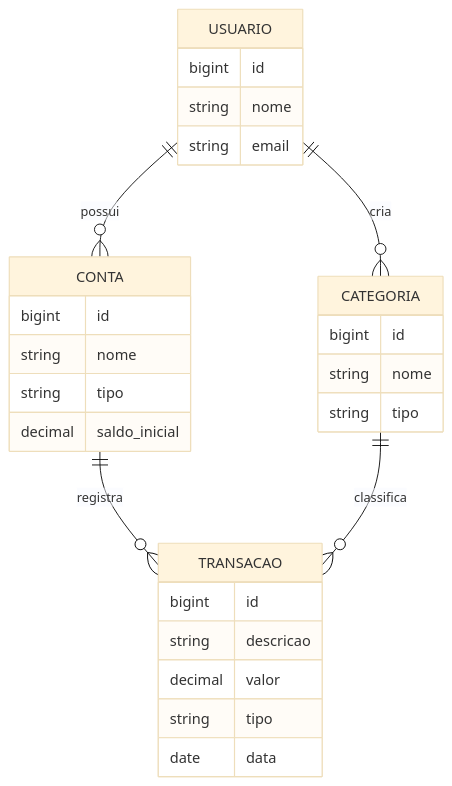
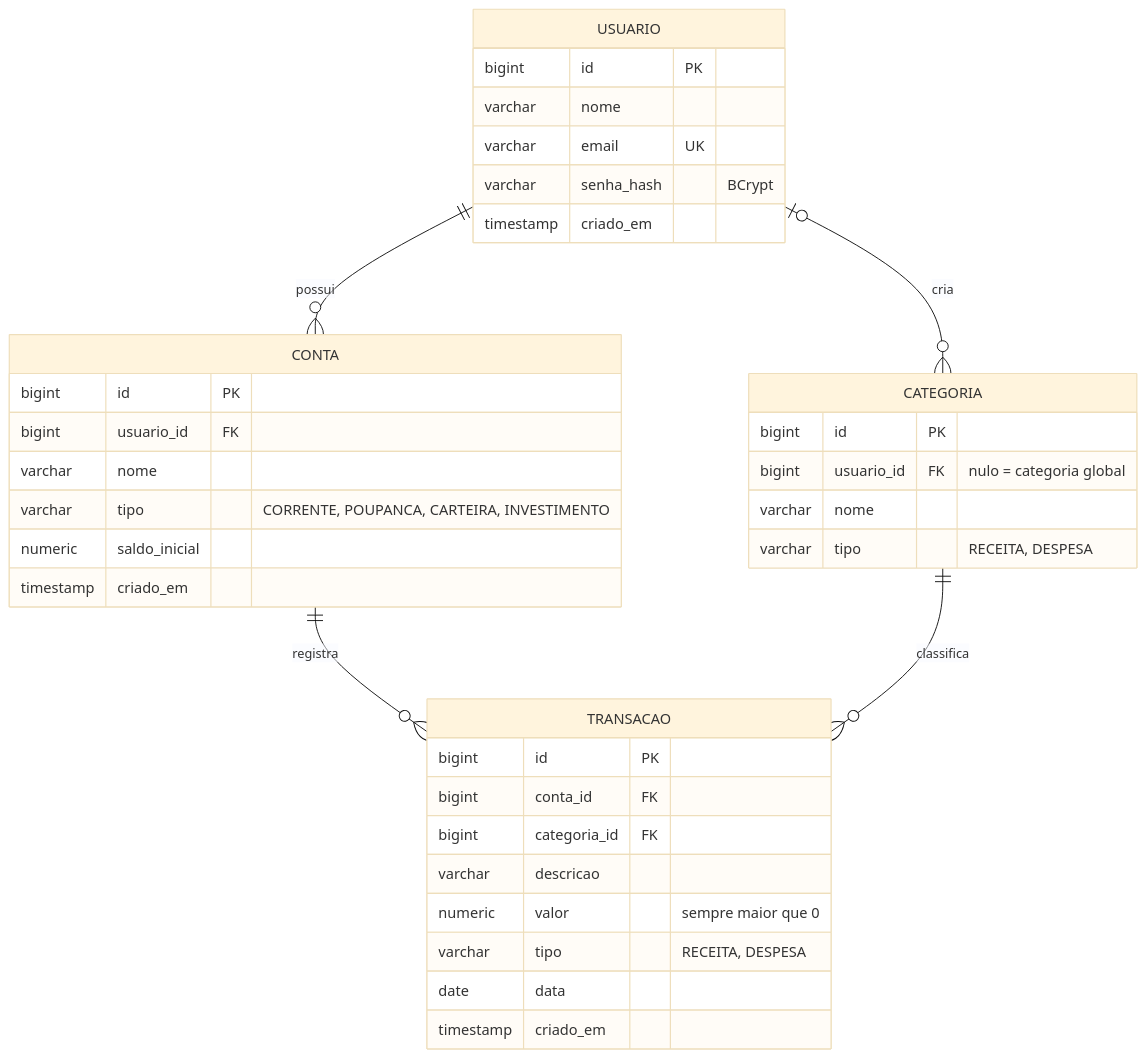
Before and after one commit to RodrigodSantos/financas-api: the second of 2 diagrams in README.md, drawn with Mermaid (base theme). The commit also changed other lines of this file and 3 other files, not shown here.

First line of the commit message:
docs: README final com print, diagramas e badges de cobertura

````diff
--- a/README.md
+++ b/README.md
@@ -77,12 +84,39 @@
 ```mermaid
 erDiagram
     USUARIO ||--o{ CONTA : possui
-    USUARIO ||--o{ CATEGORIA : cria
+    USUARIO |o--o{ CATEGORIA : cria
     CONTA ||--o{ TRANSACAO : registra
     CATEGORIA ||--o{ TRANSACAO : classifica
 
-    USUARIO { bigint id string nome string email }
-    CONTA { bigint id string nome string tipo decimal saldo_inicial }
-    CATEGORIA { bigint id string nome string tipo }
-    TRANSACAO { bigint id string descricao decimal valor string tipo date data }
+    USUARIO {
+        bigint id PK
+        varchar nome
+        varchar email UK
+        varchar senha_hash "BCrypt"
+        timestamp criado_em
+    }
+    CONTA {
+        bigint id PK
+        bigint usuario_id FK
+        varchar nome
+        varchar tipo "CORRENTE, POUPANCA, CARTEIRA, INVESTIMENTO"
+        numeric saldo_inicial
+        timestamp criado_em
+    }
+    CATEGORIA {
+        bigint id PK
+        bigint usuario_id FK "nulo = categoria global"
+        varchar nome
+        varchar tipo "RECEITA, DESPESA"
+    }
+    TRANSACAO {
+        bigint id PK
+        bigint conta_id FK
+        bigint categoria_id FK
+        varchar descricao
+        numeric valor "sempre maior que 0"
+        varchar tipo "RECEITA, DESPESA"
+        date data
+        timestamp criado_em
+    }
 ```
````
